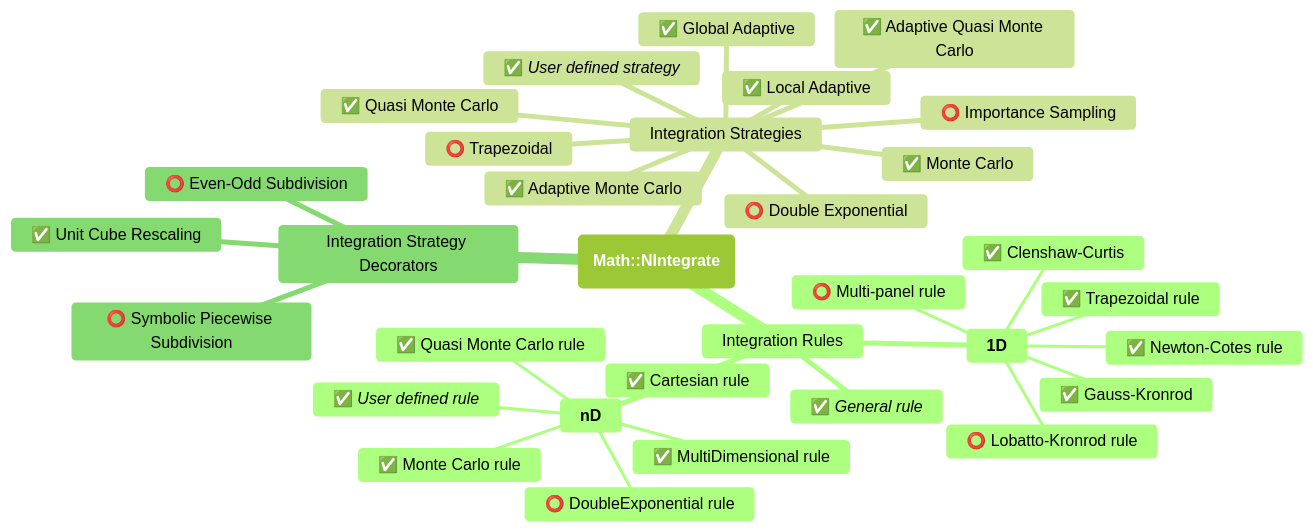
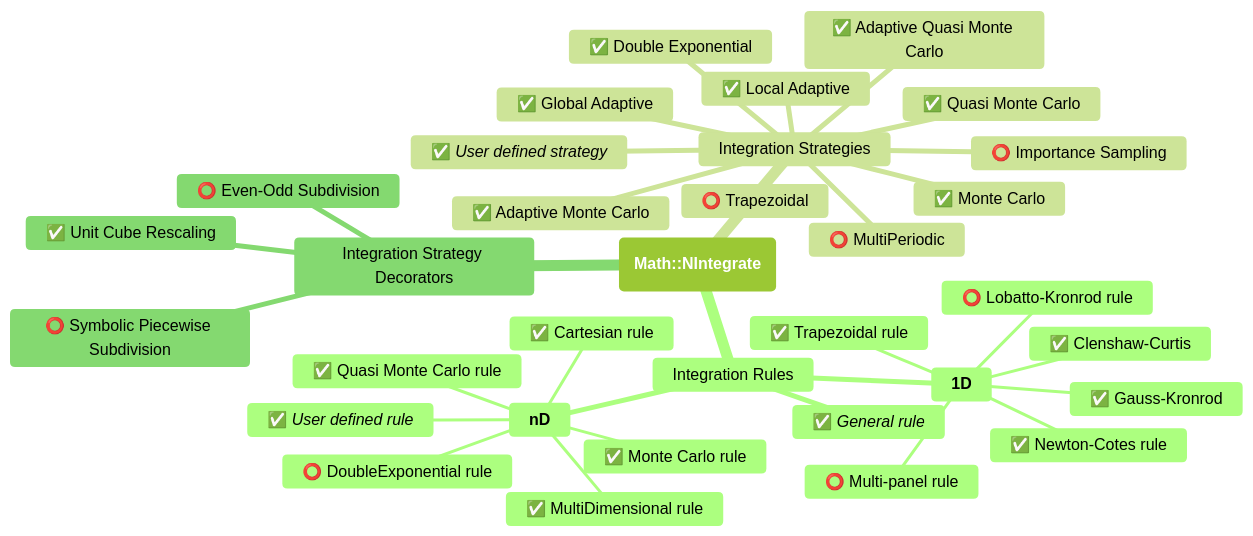
Before and after one commit to antononcube/Raku-Math-NIntegrate: the diagram in org/Features-mind-map.md, drawn with Mermaid (forest theme). The commit also changed 2 other files, not shown here.

Commit message:
docs:Updated the features mind-map.

````diff
--- a/org/Features-mind-map.md
+++ b/org/Features-mind-map.md
@@ -1,37 +1,38 @@
 ```mermaid
 mindmap
   root(**Math::NIntegrate**)
     Integration Rules
       ✅ _General rule_
       **1D**
         ✅ Clenshaw-Curtis
         ✅ Gauss-Kronrod
         ⭕️ Lobatto-Kronrod rule
         ✅ Newton-Cotes rule
         ✅ Trapezoidal rule
         ⭕️ Multi-panel rule
       **nD**
         ✅ Cartesian rule
         ✅ MultiDimensional rule
         ⭕️ DoubleExponential rule
         ✅ Monte Carlo rule
         ✅ Quasi Monte Carlo rule
         ✅ _User defined rule_
 
     Integration Strategies
       ✅ Global Adaptive
       ✅ Local Adaptive
       ⭕️ Trapezoidal
-      ⭕️ Double Exponential
+      ✅ Double Exponential
       ✅ Monte Carlo
       ✅ Quasi Monte Carlo
       ✅ Adaptive Monte Carlo
       ✅ Adaptive Quasi Monte Carlo
+      ⭕️ MultiPeriodic
       ⭕️ Importance Sampling
       ✅ _User defined strategy_
 
     Integration Strategy Decorators
       ✅ Unit Cube Rescaling
       ⭕️ Even-Odd Subdivision
       ⭕️ Symbolic Piecewise Subdivision
 ```
````
